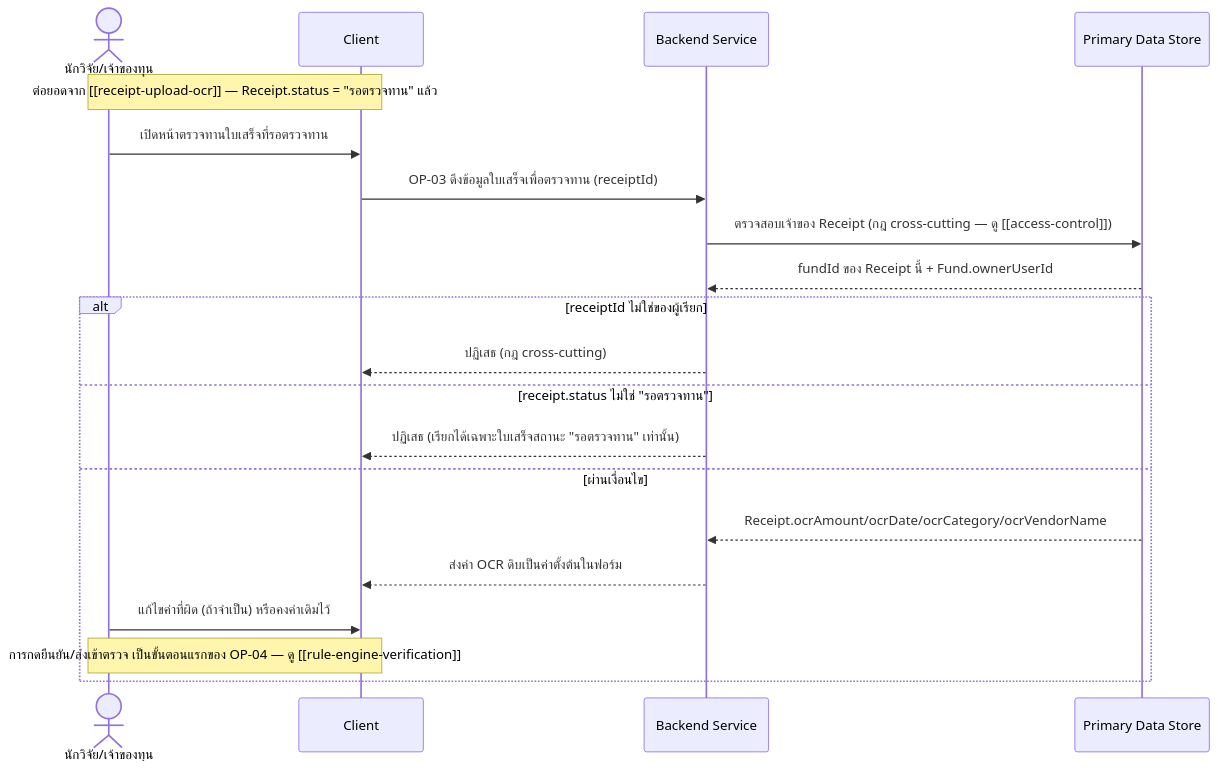
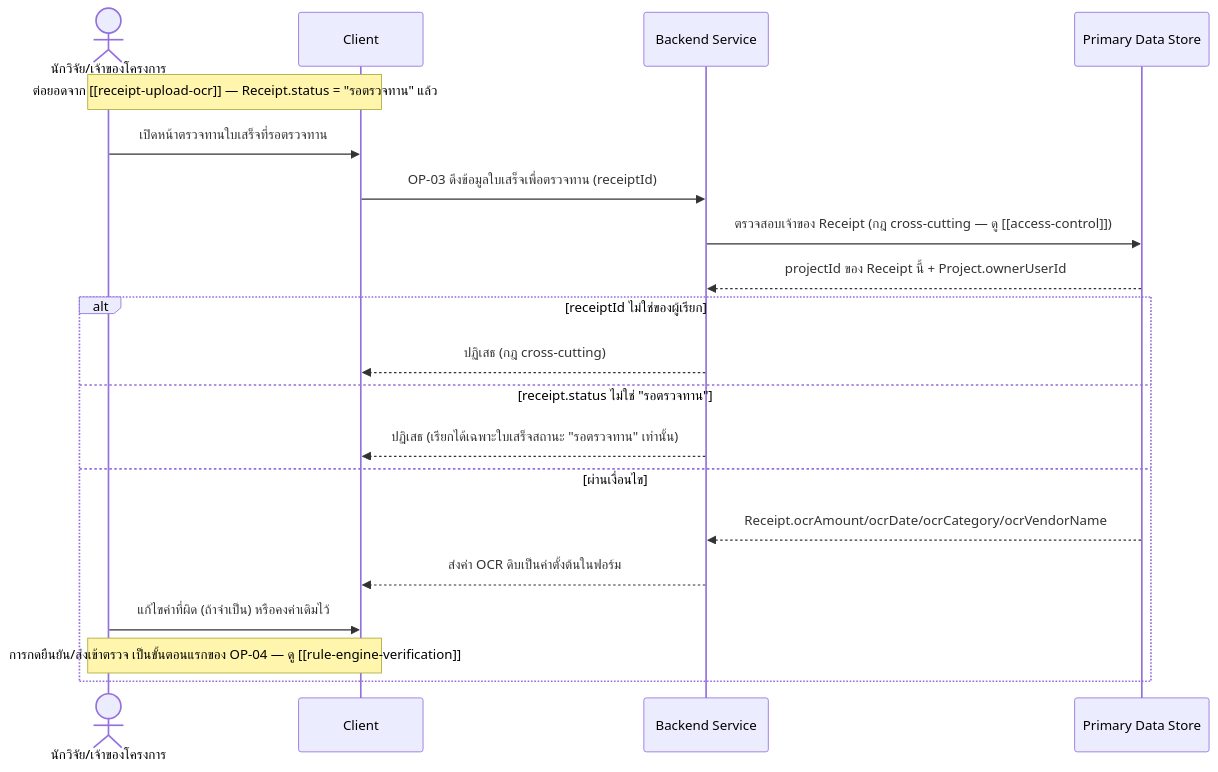
The diagram in docs/02-design/02-technical/detailed-design/review-edit-ocr-data.md (ptrsswnr/Grant-Receipt-Assistant), drawn with Mermaid before and after one commit. The commit also changed other lines of this file and 18 other files, not shown here.

First line of the commit message:
Cascade FundSource/Project split through technical design

````diff
--- a/docs/02-design/02-technical/detailed-design/review-edit-ocr-data.md
+++ b/docs/02-design/02-technical/detailed-design/review-edit-ocr-data.md
@@ -25,23 +29,23 @@
 ```mermaid
 sequenceDiagram
-    actor R as นักวิจัย/เจ้าของทุน
+    actor R as นักวิจัย/เจ้าของโครงการ
     participant C as Client
     participant B as Backend Service
     participant DS as Primary Data Store
 
     Note over R,C: ต่อยอดจาก [[receipt-upload-ocr]] — Receipt.status = "รอตรวจทาน" แล้ว
     R->>C: เปิดหน้าตรวจทานใบเสร็จที่รอตรวจทาน
     C->>B: OP-03 ดึงข้อมูลใบเสร็จเพื่อตรวจทาน (receiptId)
     B->>DS: ตรวจสอบเจ้าของ Receipt (กฎ cross-cutting — ดู [[access-control]])
-    DS-->>B: fundId ของ Receipt นี้ + Fund.ownerUserId
+    DS-->>B: projectId ของ Receipt นี้ + Project.ownerUserId
     alt receiptId ไม่ใช่ของผู้เรียก
         B-->>C: ปฏิเสธ (กฎ cross-cutting)
     else receipt.status ไม่ใช่ "รอตรวจทาน"
         B-->>C: ปฏิเสธ (เรียกได้เฉพาะใบเสร็จสถานะ "รอตรวจทาน" เท่านั้น)
     else ผ่านเงื่อนไข
         DS-->>B: Receipt.ocrAmount/ocrDate/ocrCategory/ocrVendorName
         B-->>C: ส่งค่า OCR ดิบเป็นค่าตั้งต้นในฟอร์ม
         R->>C: แก้ไขค่าที่ผิด (ถ้าจำเป็น) หรือคงค่าเดิมไว้
         Note over C,R: การกดยืนยัน/ส่งเข้าตรวจ เป็นขั้นตอนแรกของ OP-04 — ดู [[rule-engine-verification]]
     end
 ```
````
